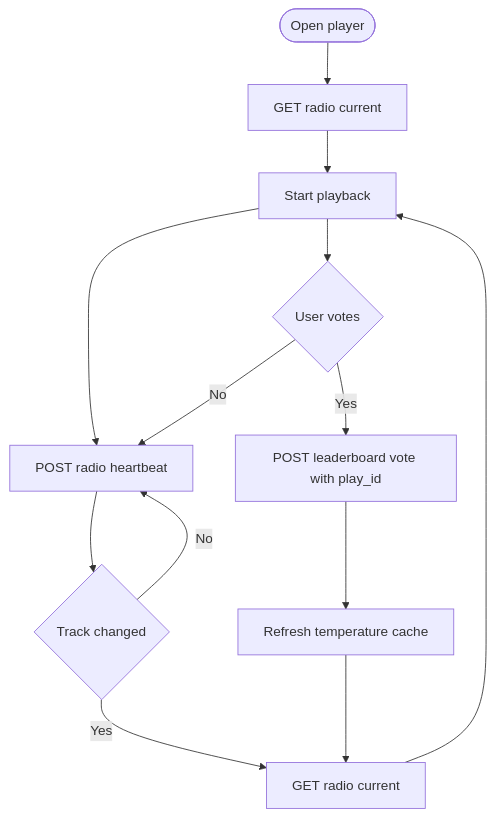
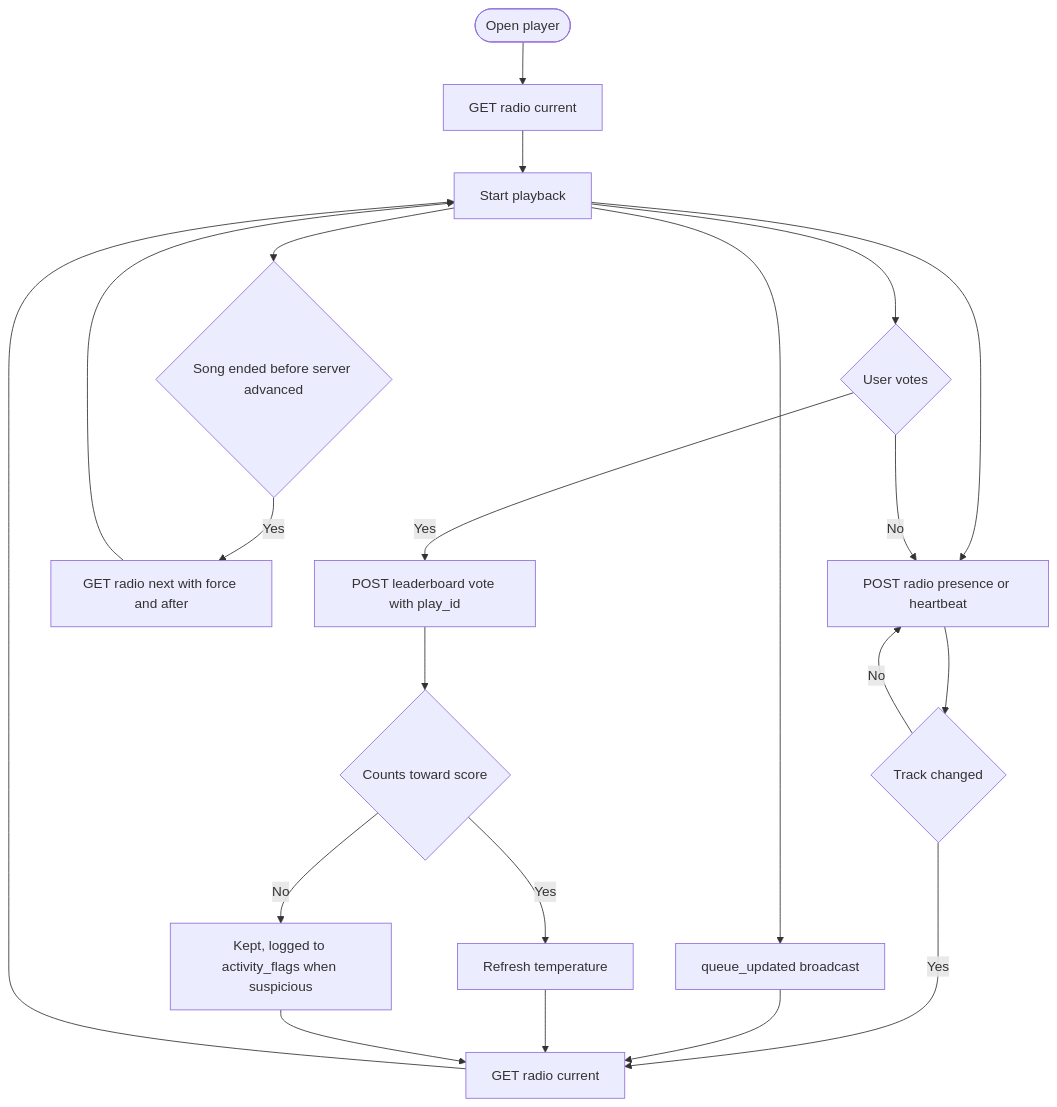
The ninth of 14 diagrams in docs/UML/uml-diagrams.md (Tmaku18/RADIOapp), drawn with Mermaid before and after one commit. The commit also changed other lines of this file and 64 other files, not shown here.

````diff
--- a/docs/UML/uml-diagrams.md
+++ b/docs/UML/uml-diagrams.md
@@ -128,15 +170,23 @@
 ```mermaid
 flowchart TD
   PlayerStart([Open player]) --> GetCurrentTrack[GET radio current]
   GetCurrentTrack --> PlayAudio[Start playback]
-  PlayAudio --> SendHeartbeat[POST radio heartbeat]
-  SendHeartbeat --> TrackChanged{Track changed}
-  TrackChanged -->|No| SendHeartbeat
+  PlayAudio --> SendPresence[POST radio presence or heartbeat]
+  SendPresence --> TrackChanged{Track changed}
+  TrackChanged -->|No| SendPresence
   TrackChanged -->|Yes| RefreshCurrent[GET radio current]
   RefreshCurrent --> PlayAudio
+  PlayAudio --> SongEnded{Song ended before server advanced}
+  SongEnded -->|Yes| ForceNext[GET radio next with force and after]
+  ForceNext --> PlayAudio
+  PlayAudio --> QueueEvent[queue_updated broadcast]
+  QueueEvent --> RefreshCurrent
   PlayAudio --> VoteDecision{User votes}
   VoteDecision -->|Yes| PostVote[POST leaderboard vote with play_id]
-  PostVote --> TempRefresh[Refresh temperature cache]
+  PostVote --> Counted{Counts toward score}
+  Counted -->|Yes| TempRefresh[Refresh temperature]
+  Counted -->|No| FlagCheck[Kept, logged to activity_flags when suspicious]
   TempRefresh --> RefreshCurrent
-  VoteDecision -->|No| SendHeartbeat
+  FlagCheck --> RefreshCurrent
+  VoteDecision -->|No| SendPresence
 ```
````
